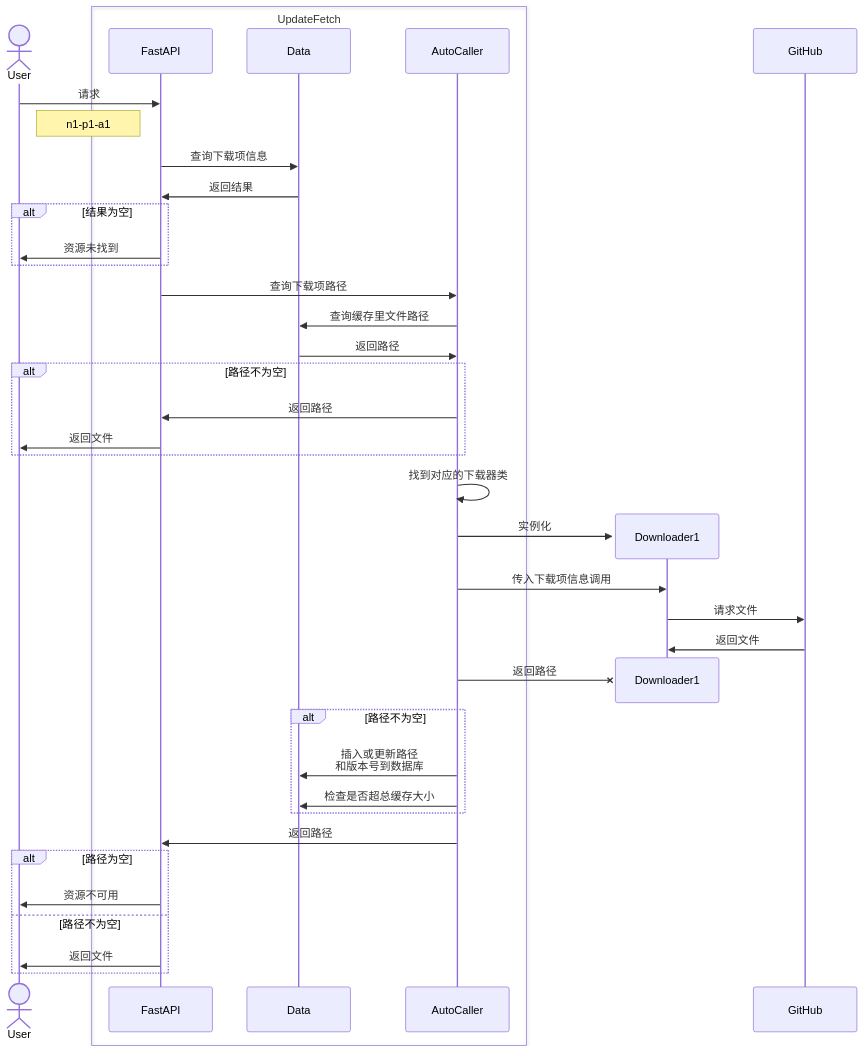
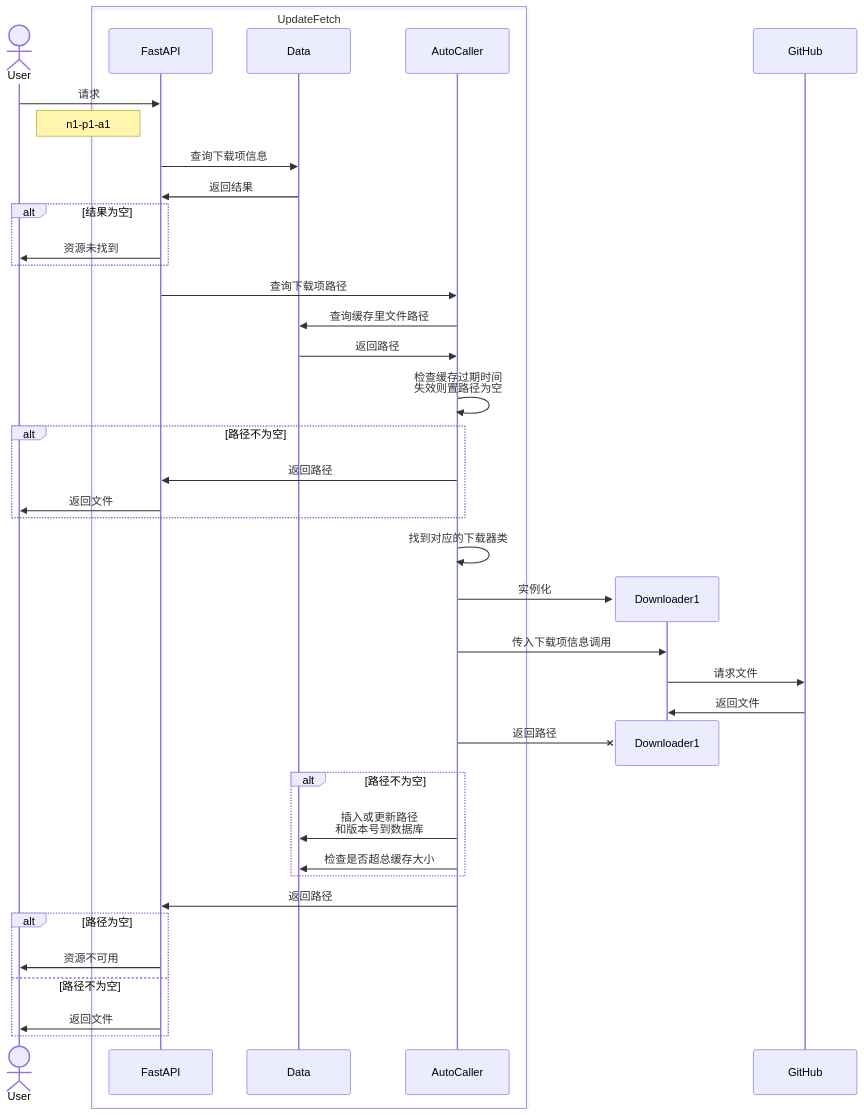
One commit to AhFeil/UpdateFetch changed the second of 2 diagrams in README.md. Above: the diagram before and after it, drawn with Mermaid. The commit also changed other lines of this file and 4 other files, not shown here.

````diff
--- a/README.md
+++ b/README.md
@@ -171,48 +172,49 @@
 ```mermaid
 sequenceDiagram
     actor User
     box UpdateFetch
     participant FastAPI
     participant Data
     participant AutoCaller
     end
 
     User->>FastAPI: 请求
     Note right of User: n1-p1-a1
 
     FastAPI->>Data: 查询下载项信息
     Data->>FastAPI: 返回结果
     alt 结果为空
         FastAPI->>User: 资源未找到
     end
       FastAPI->>AutoCaller: 查询下载项路径
 
     AutoCaller->>Data: 查询缓存里文件路径
     Data->>AutoCaller: 返回路径
+    AutoCaller->>AutoCaller: 检查缓存过期时间<br>失效则置路径为空
     alt 路径不为空
         AutoCaller->>FastAPI: 返回路径
         FastAPI->>User: 返回文件
     end
 
     AutoCaller->>AutoCaller: 找到对应的下载器类
     create participant Downloader1
     AutoCaller->>Downloader1: 实例化
     AutoCaller->>Downloader1: 传入下载项信息调用
     Downloader1->>GitHub: 请求文件
     GitHub->>Downloader1: 返回文件
     destroy Downloader1
     AutoCaller-xDownloader1: 返回路径
 
     
     alt 路径不为空
         AutoCaller->>Data: 插入或更新路径<br>和版本号到数据库
         AutoCaller->>Data: 检查是否超总缓存大小
     end
     AutoCaller->>FastAPI: 返回路径
 
     alt 路径为空
         FastAPI->>User: 资源不可用
     else 路径不为空
         FastAPI->>User: 返回文件
     end
 ```
````
